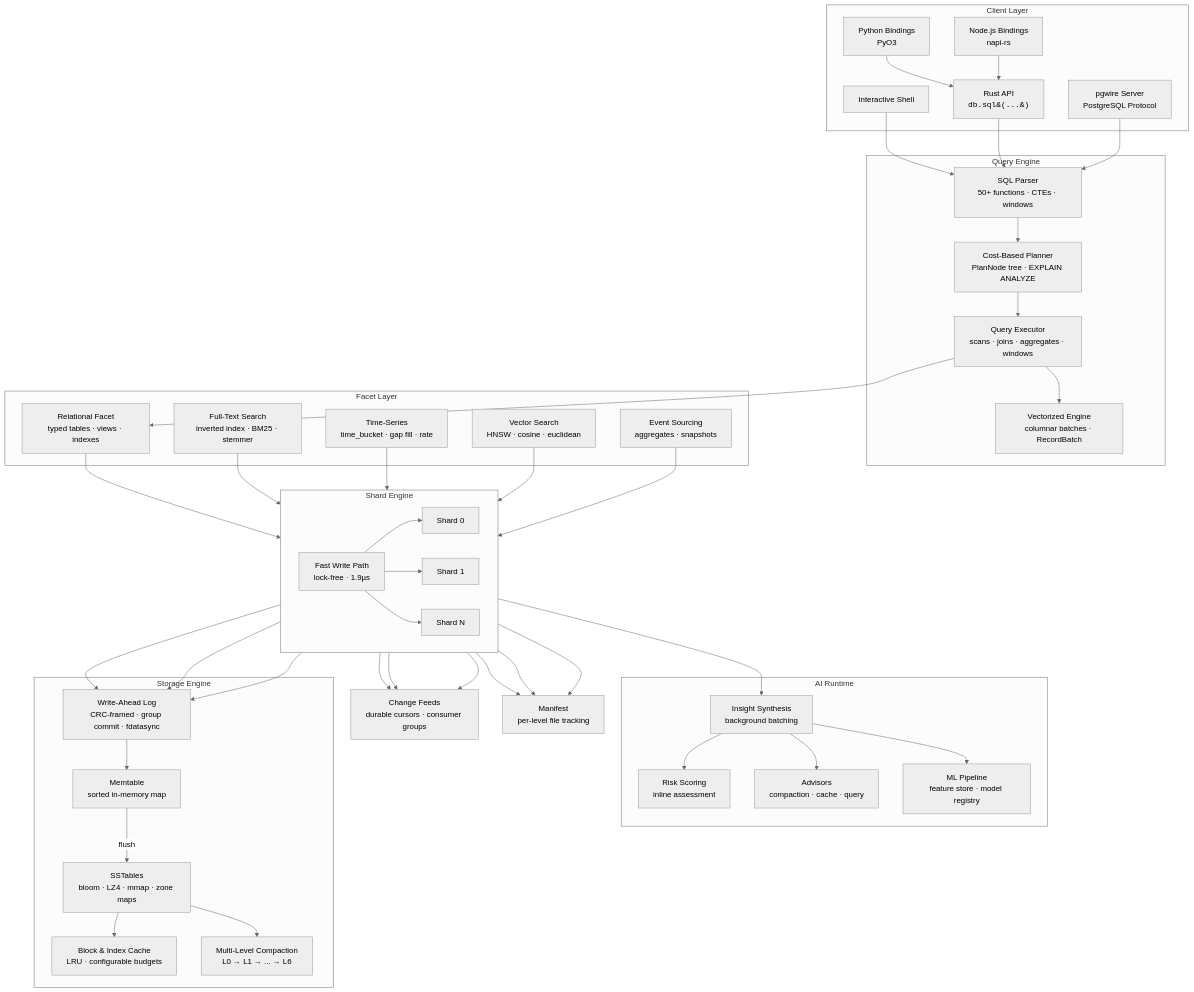
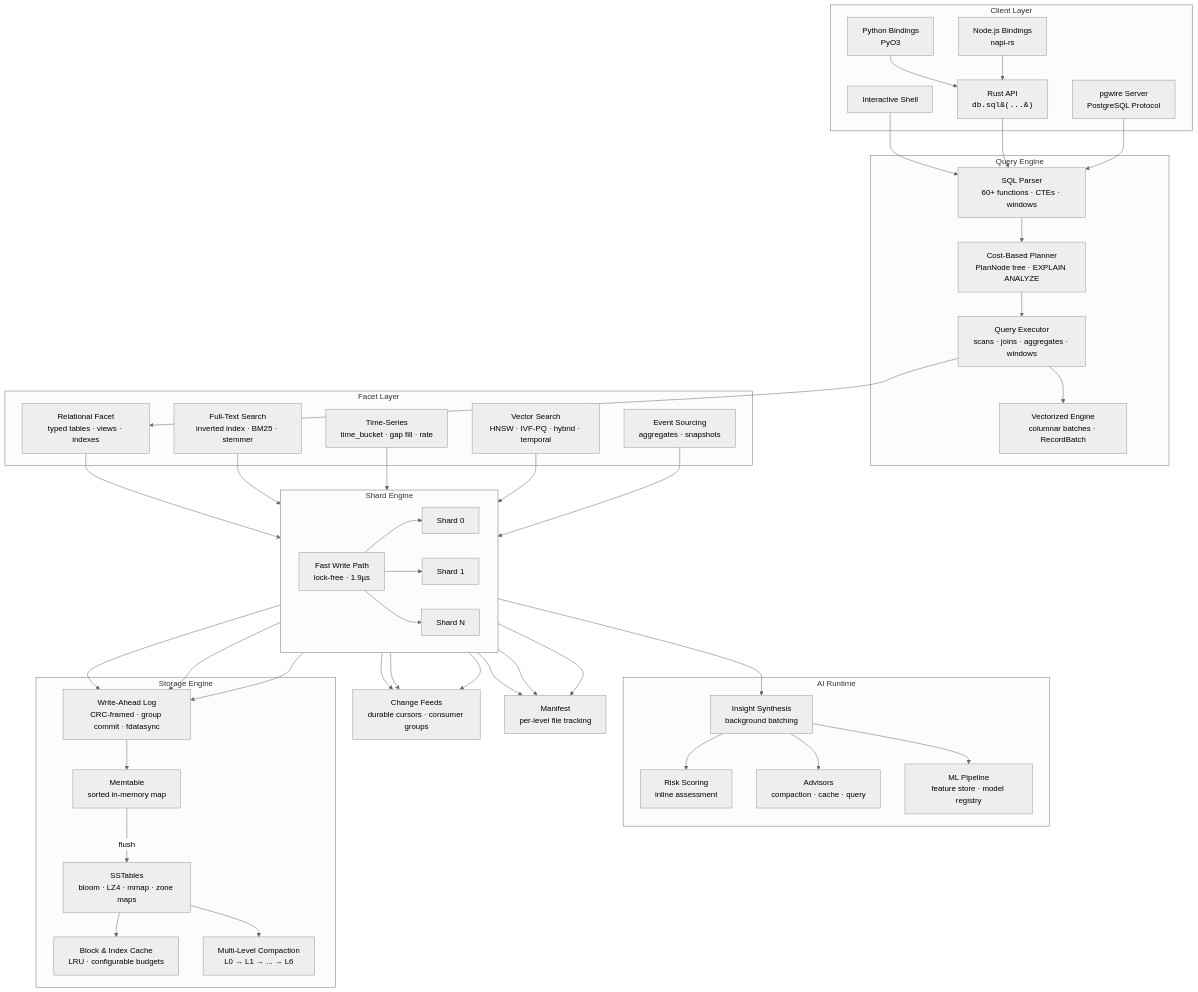
The diagram in README.md (spectra-db/SpectraDB), drawn with Mermaid (neutral theme) before and after one commit. The commit also changed other lines of this file, not shown here.

First line of the commit message:
docs: update README with benchmark data and phased roadmap

```diff
--- a/README.md
+++ b/README.md
@@ -247,7 +257,7 @@
     end
 
     subgraph Query Engine
-        Parser[SQL Parser<br/>50+ functions · CTEs · windows]
+        Parser[SQL Parser<br/>60+ functions · CTEs · windows]
         Planner[Cost-Based Planner<br/>PlanNode tree · EXPLAIN ANALYZE]
         Executor[Query Executor<br/>scans · joins · aggregates · windows]
         VecEngine[Vectorized Engine<br/>columnar batches · RecordBatch]
@@ -257,7 +267,7 @@
         RF[Relational Facet<br/>typed tables · views · indexes]
         FTS[Full-Text Search<br/>inverted index · BM25 · stemmer]
         TS[Time-Series<br/>time_bucket · gap fill · rate]
-        VS[Vector Search<br/>HNSW · cosine · euclidean]
+        VS[Vector Search<br/>HNSW · IVF-PQ · hybrid · temporal]
         ES[Event Sourcing<br/>aggregates · snapshots]
     end
 
```
